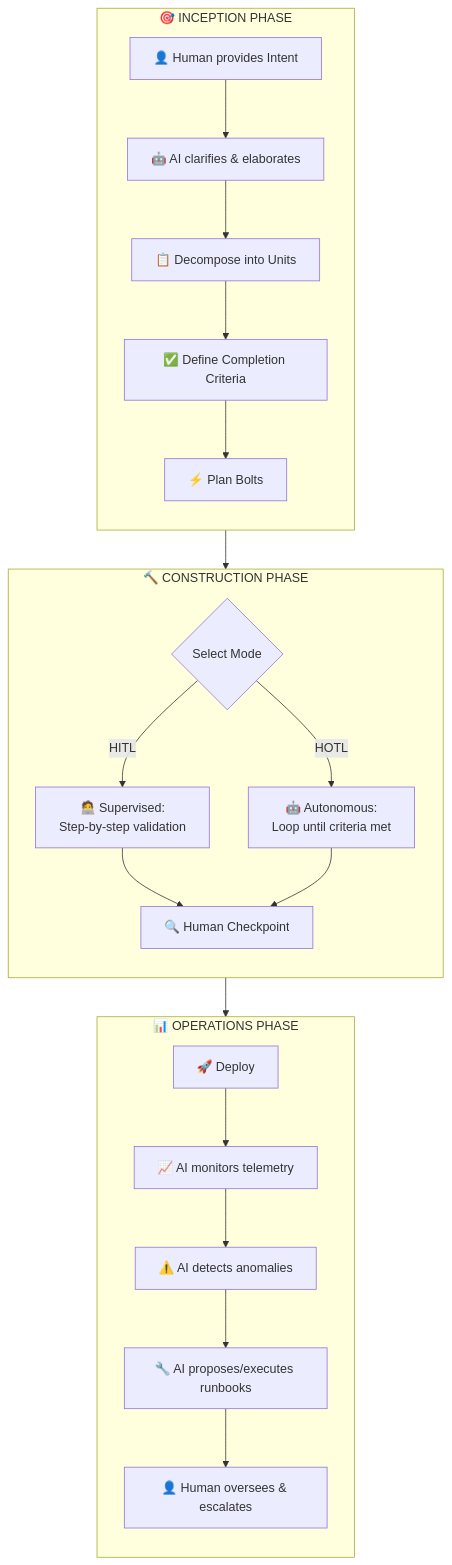
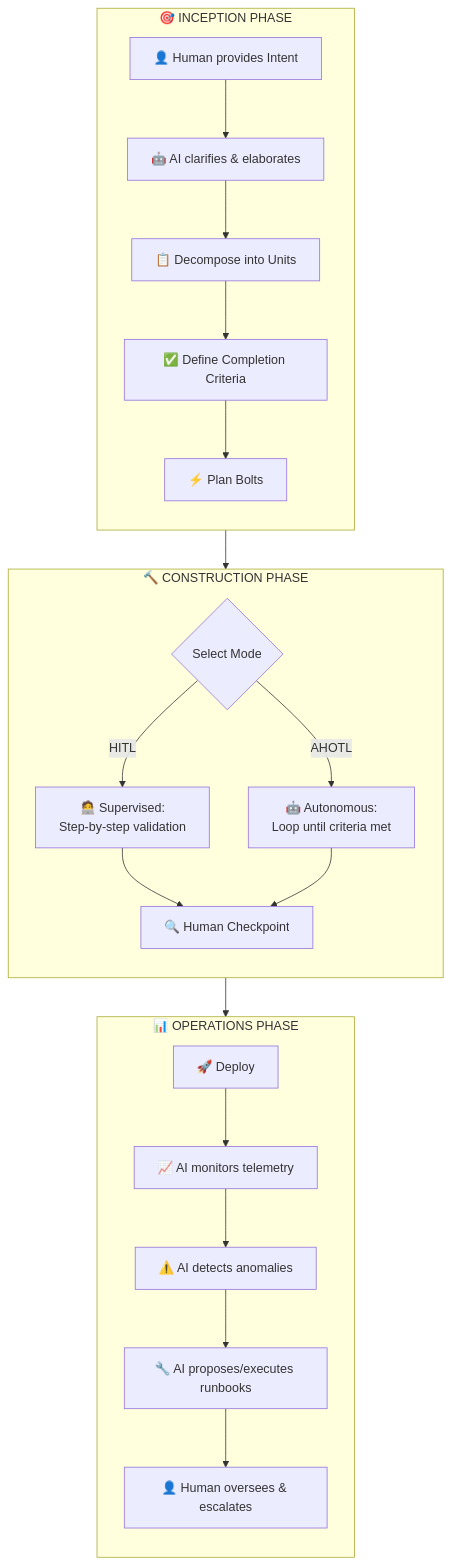
Before and after one commit to TheBushidoCollective/han: diagram 11 of 13 in website/content/papers/ai-dlc-2026.md, drawn with Mermaid. The commit also changed other lines of this file, not shown here.

First line of the commit message:
refactor(website): update HOTL terminology and trim paper

````diff
--- a/website/content/papers/ai-dlc-2026.md
+++ b/website/content/papers/ai-dlc-2026.md
@@ -693,37 +693,37 @@
 ```mermaid
 flowchart TB
     subgraph Inception["🎯 INCEPTION PHASE"]
         direction TB
         I1["👤 Human provides Intent"]
         I2["🤖 AI clarifies & elaborates"]
         I3["📋 Decompose into Units"]
         I4["✅ Define Completion Criteria"]
         I5["⚡ Plan Bolts"]
         I1 --> I2 --> I3 --> I4 --> I5
     end
 
     subgraph Construction["🔨 CONSTRUCTION PHASE"]
         direction TB
         C1{"Select Mode"}
         C2["🧑‍💻 Supervised:<br/>Step-by-step validation"]
         C3["🤖 Autonomous:<br/>Loop until criteria met"]
         C4["🔍 Human Checkpoint"]
         C1 -->|"HITL"| C2
-        C1 -->|"HOTL"| C3
+        C1 -->|"AHOTL"| C3
         C2 --> C4
         C3 --> C4
     end
 
     subgraph Operations["📊 OPERATIONS PHASE"]
         direction TB
         O1["🚀 Deploy"]
         O2["📈 AI monitors telemetry"]
         O3["⚠️ AI detects anomalies"]
         O4["🔧 AI proposes/executes runbooks"]
         O5["👤 Human oversees & escalates"]
         O1 --> O2 --> O3 --> O4
         O4 --> O5
     end
 
     Inception --> Construction --> Operations
 ```
````
